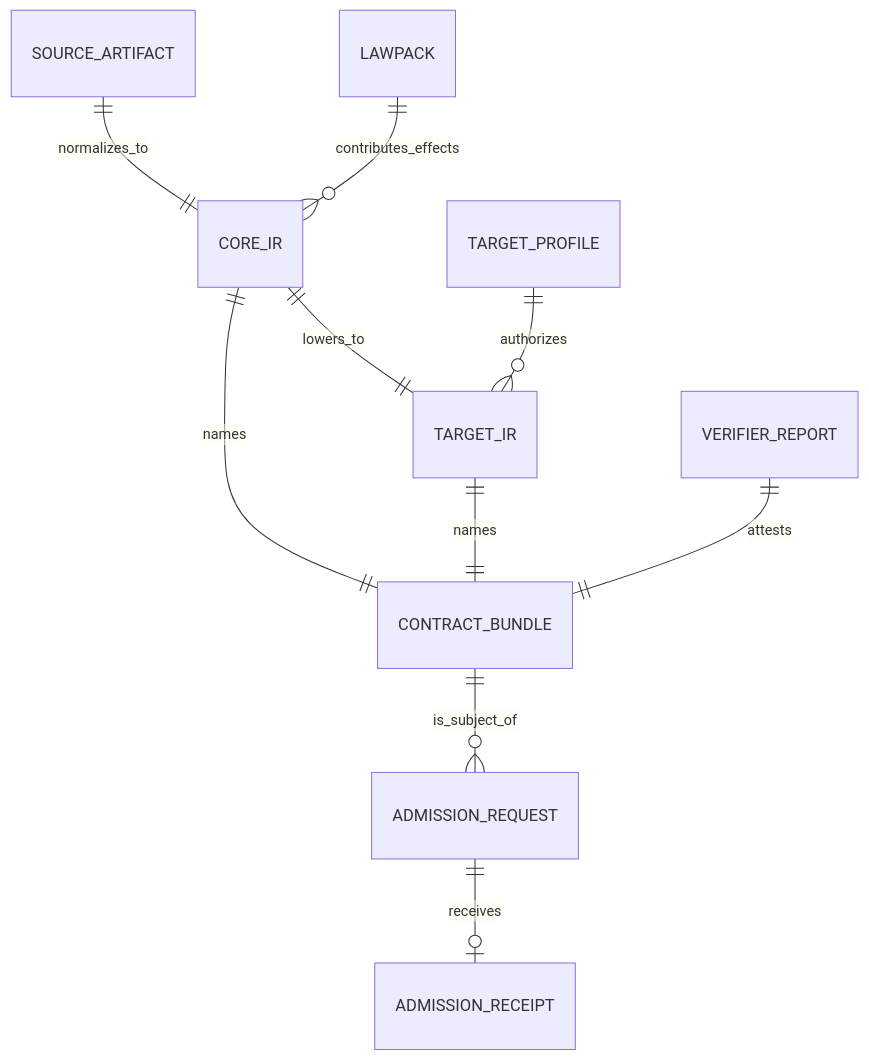
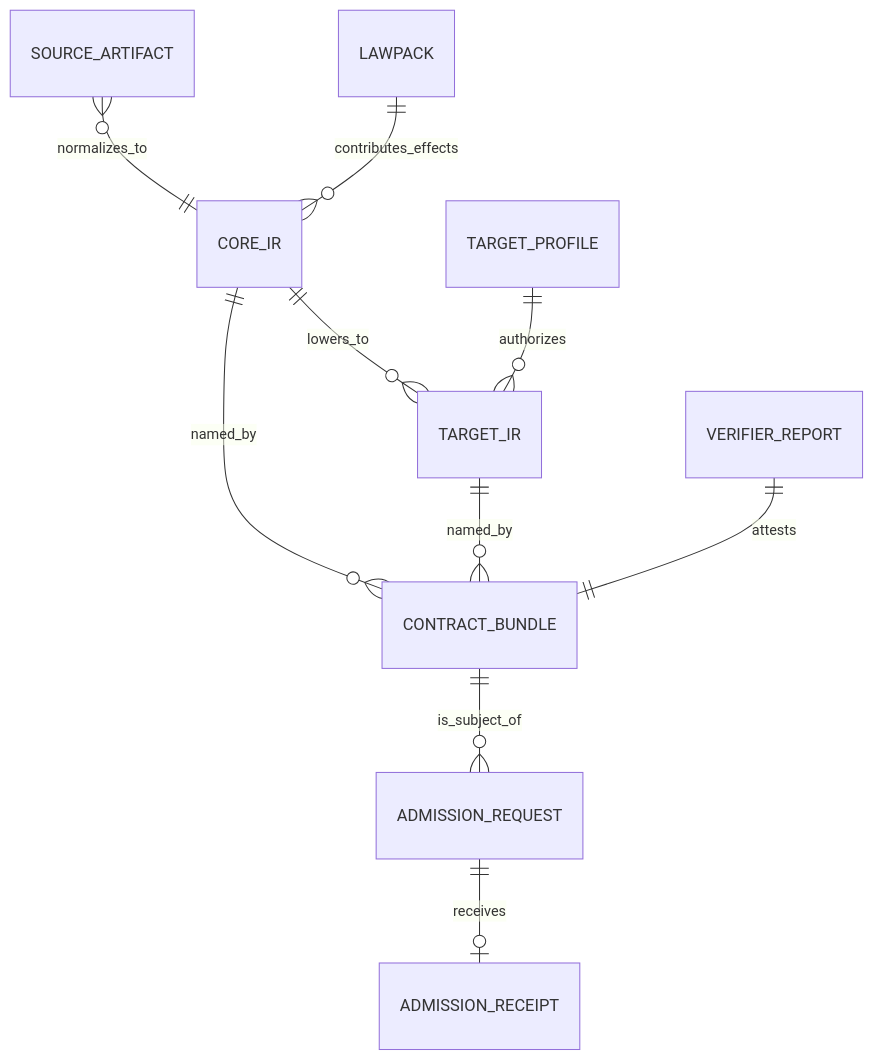
The fourth of 4 diagrams in README.md (flyingrobots/edict), drawn with Mermaid before and after one commit. The commit also changed other lines of this file and 16 other files, not shown here.

````diff
--- a/README.md
+++ b/README.md
@@ -462,12 +474,12 @@
 ```mermaid
 erDiagram
-    SOURCE_ARTIFACT ||--|| CORE_IR : normalizes_to
-    CORE_IR ||--|| TARGET_IR : lowers_to
+    SOURCE_ARTIFACT }o--|| CORE_IR : normalizes_to
+    CORE_IR ||--o{ TARGET_IR : lowers_to
     TARGET_PROFILE ||--o{ TARGET_IR : authorizes
     LAWPACK ||--o{ CORE_IR : contributes_effects
-    CORE_IR ||--|| CONTRACT_BUNDLE : names
-    TARGET_IR ||--|| CONTRACT_BUNDLE : names
+    CORE_IR ||--o{ CONTRACT_BUNDLE : named_by
+    TARGET_IR ||--o{ CONTRACT_BUNDLE : named_by
     VERIFIER_REPORT ||--|| CONTRACT_BUNDLE : attests
     CONTRACT_BUNDLE ||--o{ ADMISSION_REQUEST : is_subject_of
     ADMISSION_REQUEST ||--o| ADMISSION_RECEIPT : receives
 ```
````
